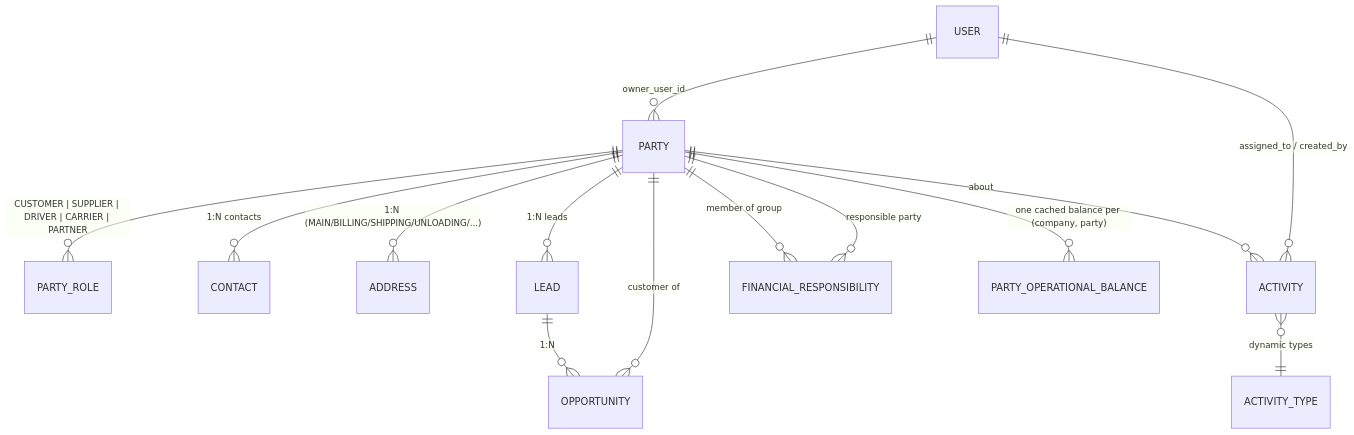
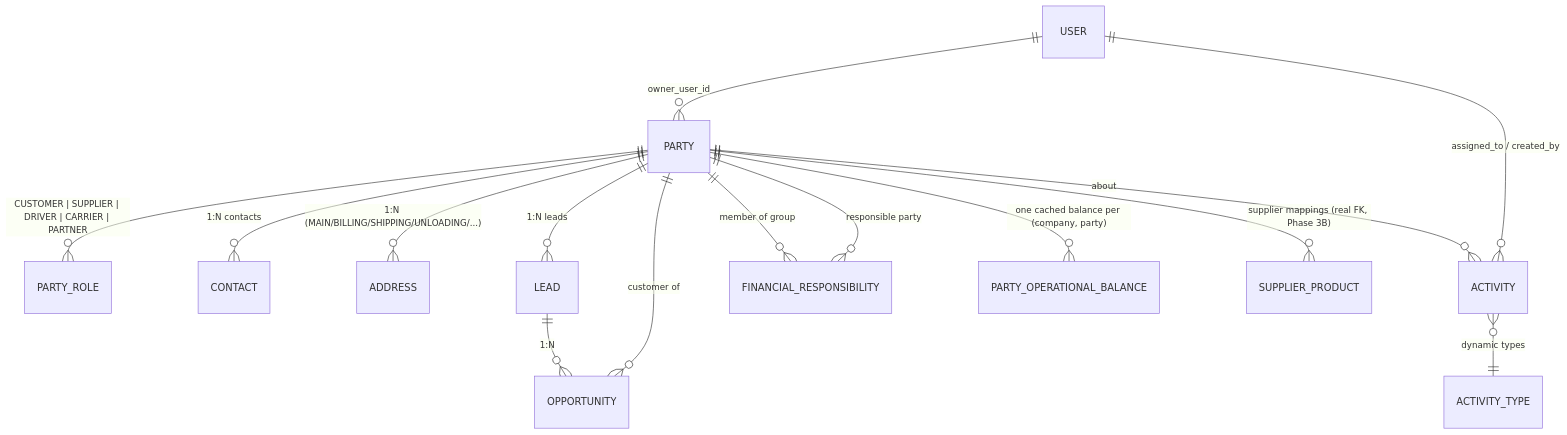
One commit to h08831n/tcerp2 changed the second of 8 diagrams in docs/02-erd.md. Above: the diagram before and after it, drawn with Mermaid. The commit also changed other lines of this file and 58 other files, not shown here.

````diff
--- a/docs/02-erd.md
+++ b/docs/02-erd.md
@@ -72,16 +75,17 @@
 ```mermaid
 erDiagram
     PARTY ||--o{ PARTY_ROLE : "CUSTOMER | SUPPLIER | DRIVER | CARRIER | PARTNER"
     PARTY ||--o{ CONTACT : "1:N contacts"
     PARTY ||--o{ ADDRESS : "1:N (MAIN/BILLING/SHIPPING/UNLOADING/...)"
     PARTY ||--o{ LEAD : "1:N leads"
     LEAD ||--o{ OPPORTUNITY : "1:N"
     PARTY ||--o{ OPPORTUNITY : "customer of"
     PARTY ||--o{ ACTIVITY : "about"
     PARTY ||--o{ FINANCIAL_RESPONSIBILITY : "member of group"
     PARTY ||--o{ FINANCIAL_RESPONSIBILITY : "responsible party"
     PARTY ||--o{ PARTY_OPERATIONAL_BALANCE : "one cached balance per (company, party)"
+    PARTY ||--o{ SUPPLIER_PRODUCT : "supplier mappings (real FK, Phase 3B)"
     USER ||--o{ PARTY : "owner_user_id"
     USER ||--o{ ACTIVITY : "assigned_to / created_by"
     ACTIVITY }o--|| ACTIVITY_TYPE : "dynamic types"
 ```
````
